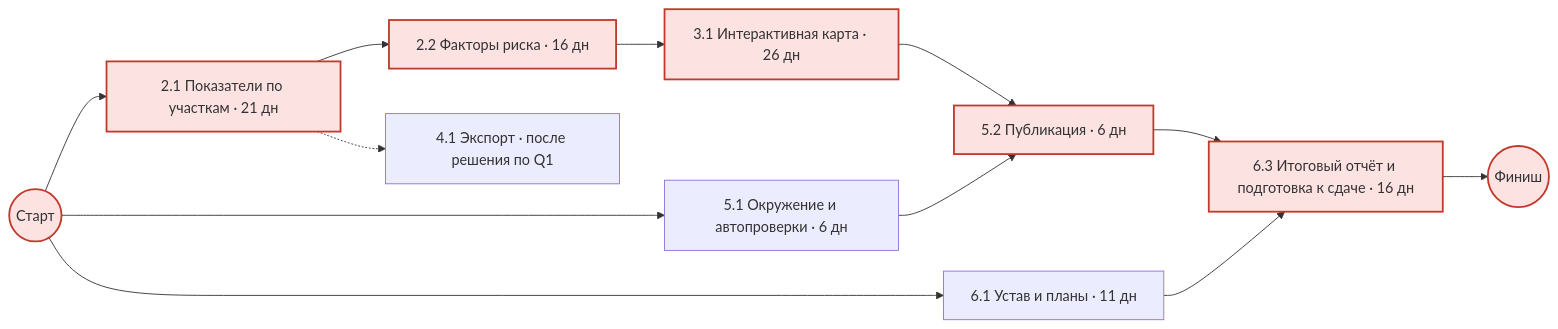
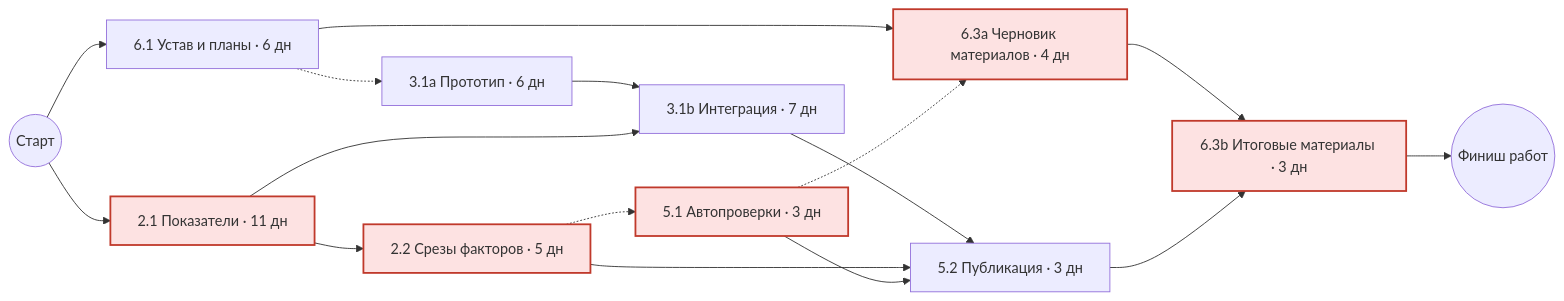
The first of 2 diagrams in docs/schedule.md (renvoid72/pm-lab-5-CIA), drawn with Mermaid before and after one commit. The commit also changed other lines of this file, not shown here.

Commit message:
docs: пересчитать критический путь и построить диаграмму Ганта (#82, #83)

````diff
--- a/docs/schedule.md
+++ b/docs/schedule.md
@@ -16,16 +23,20 @@
 ```mermaid
 flowchart LR
-    S((Старт)) --> A["2.1 Показатели по участкам · 21 дн"]
-    A --> B["2.2 Факторы риска · 16 дн"]
-    B --> C["3.1 Интерактивная карта · 26 дн"]
-    S --> D["5.1 Окружение и автопроверки · 6 дн"]
-    C --> E["5.2 Публикация · 6 дн"]
-    D --> E
-    S --> F["6.1 Устав и планы · 11 дн"]
-    E --> G["6.3 Итоговый отчёт и подготовка к сдаче · 16 дн"]
-    F --> G
-    G --> Z((Финиш))
-    A -.-> H["4.1 Экспорт · после решения по Q1"]
+    S((Старт)) --> A["2.1 Показатели · 11 дн"]
+    A --> B["2.2 Срезы факторов · 5 дн"]
+    B -.-> C["5.1 Автопроверки · 3 дн"]
+    S --> D["6.1 Устав и планы · 6 дн"]
+    D -.-> E["3.1a Прототип · 6 дн"]
+    E --> F["3.1b Интеграция · 7 дн"]
+    A --> F
+    F --> G["5.2 Публикация · 3 дн"]
+    B --> G
+    C --> G
+    D --> H["6.3a Черновик материалов · 4 дн"]
+    C -.-> H
+    H --> I["6.3b Итоговые материалы · 3 дн"]
+    G --> I
+    I --> Z((Финиш работ))
     classDef crit fill:#fde2e2,stroke:#c0392b,stroke-width:2px;
-    class S,A,B,C,E,G,Z crit;
+    class A,B,C,H,I crit;
 ```
````
